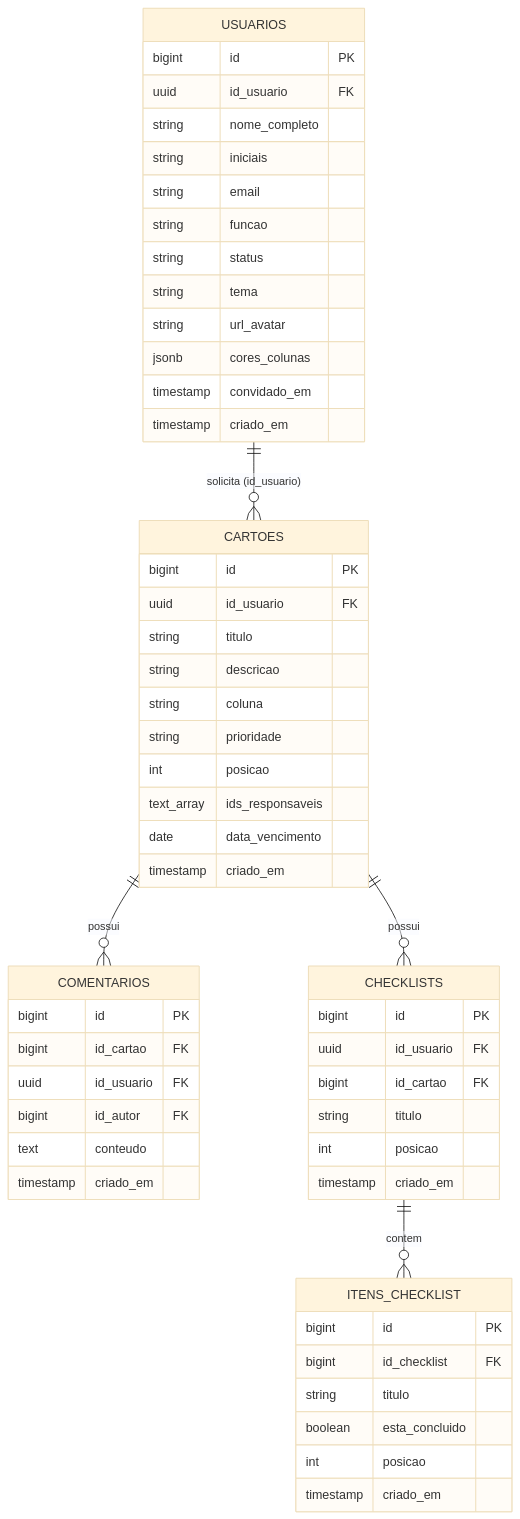
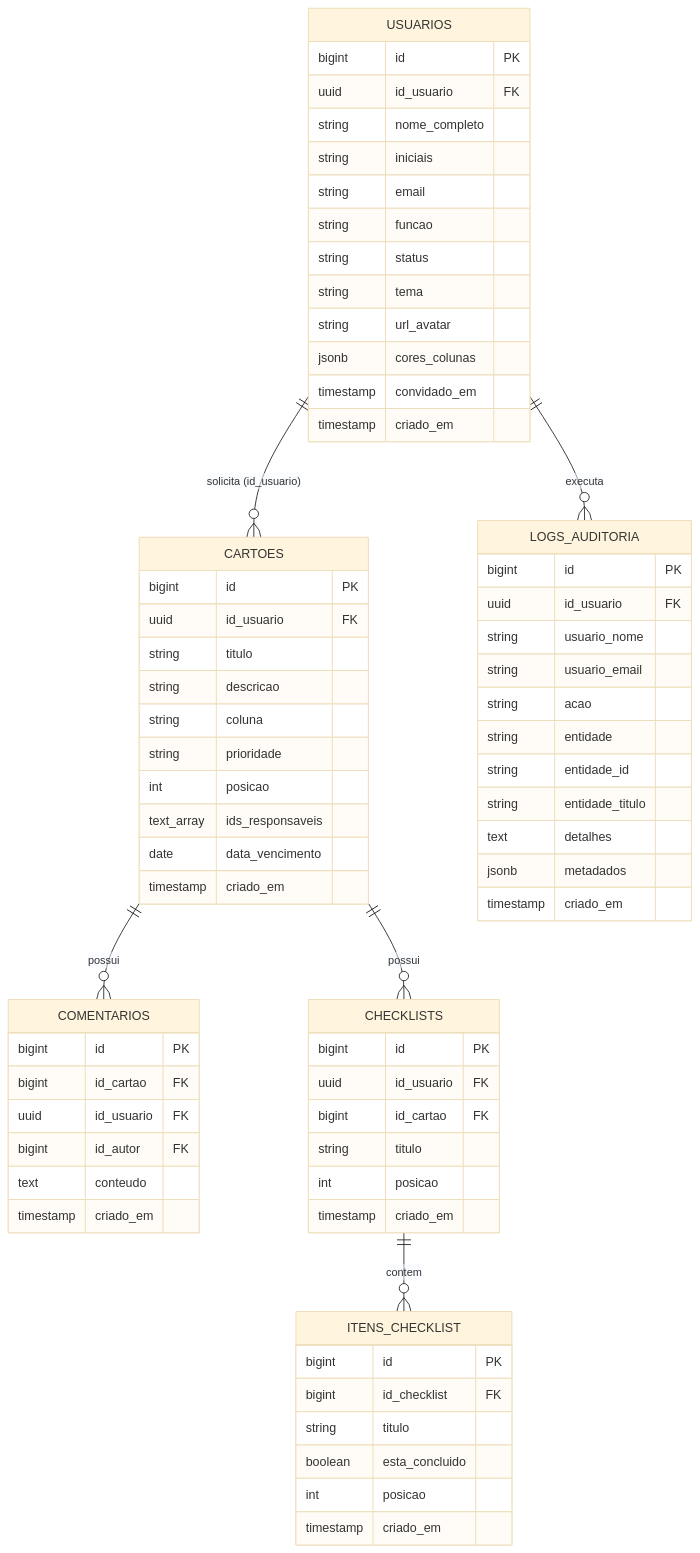
The diagram in README.md (awaltmayer/Sistema_SGDI), drawn with Mermaid (base theme) before and after one commit. The commit also changed other lines of this file, not shown here.

````diff
--- a/README.md
+++ b/README.md
@@ -170,62 +143,77 @@
 ```mermaid
 erDiagram
     USUARIOS ||--o{ CARTOES : "solicita (id_usuario)"
     CARTOES ||--o{ COMENTARIOS : "possui"
     CARTOES ||--o{ CHECKLISTS : "possui"
     CHECKLISTS ||--o{ ITENS_CHECKLIST : "contem"
+    USUARIOS ||--o{ LOGS_AUDITORIA : "executa"
 
     USUARIOS {
         bigint id PK
         uuid id_usuario FK
         string nome_completo
         string iniciais
         string email
         string funcao
         string status
         string tema
         string url_avatar
         jsonb cores_colunas
         timestamp convidado_em
         timestamp criado_em
     }
 
     CARTOES {
         bigint id PK
         uuid id_usuario FK
         string titulo
         string descricao
         string coluna
         string prioridade
         int posicao
         text_array ids_responsaveis
         date data_vencimento
         timestamp criado_em
     }
 
     CHECKLISTS {
         bigint id PK
         uuid id_usuario FK
         bigint id_cartao FK
         string titulo
         int posicao
         timestamp criado_em
     }
 
     ITENS_CHECKLIST {
         bigint id PK
         bigint id_checklist FK
         string titulo
         boolean esta_concluido
         int posicao
         timestamp criado_em
     }
 
     COMENTARIOS {
         bigint id PK
         bigint id_cartao FK
         uuid id_usuario FK
         bigint id_autor FK
         text conteudo
         timestamp criado_em
     }
+
+    LOGS_AUDITORIA {
+        bigint id PK
+        uuid id_usuario FK
+        string usuario_nome
+        string usuario_email
+        string acao
+        string entidade
+        string entidade_id
+        string entidade_titulo
+        text detalhes
+        jsonb metadados
+        timestamp criado_em
+    }
 ```
````
